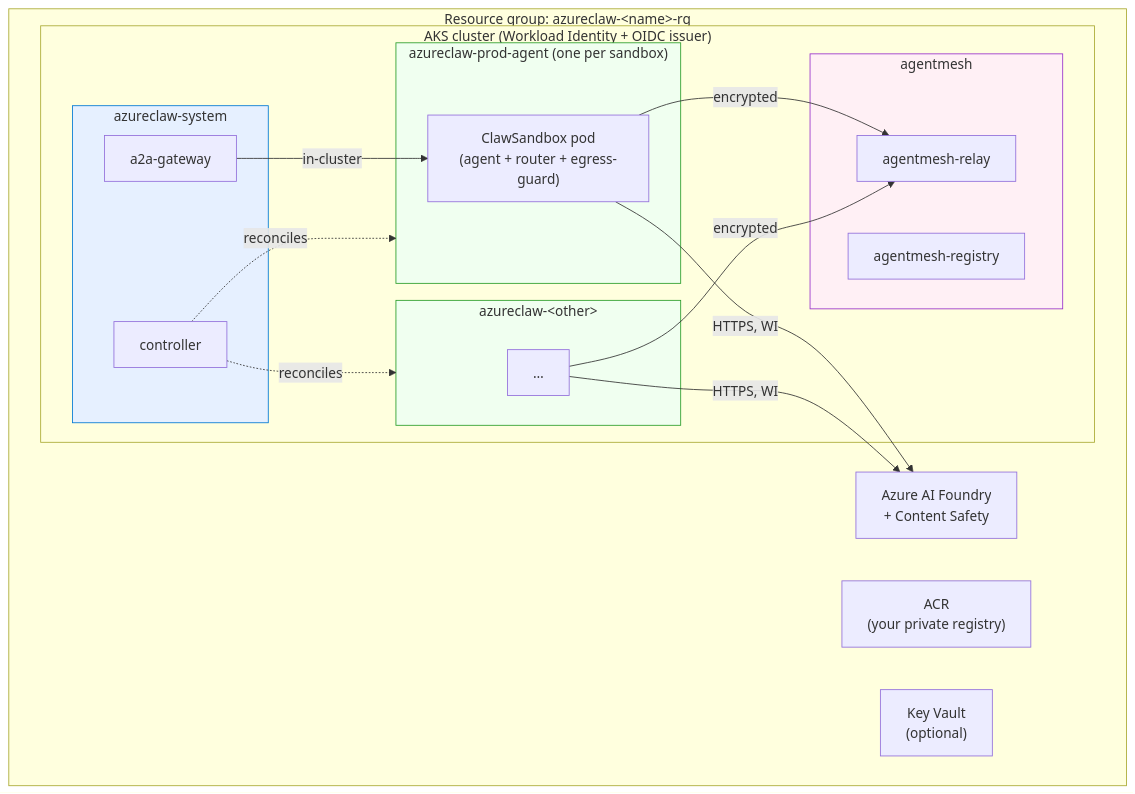
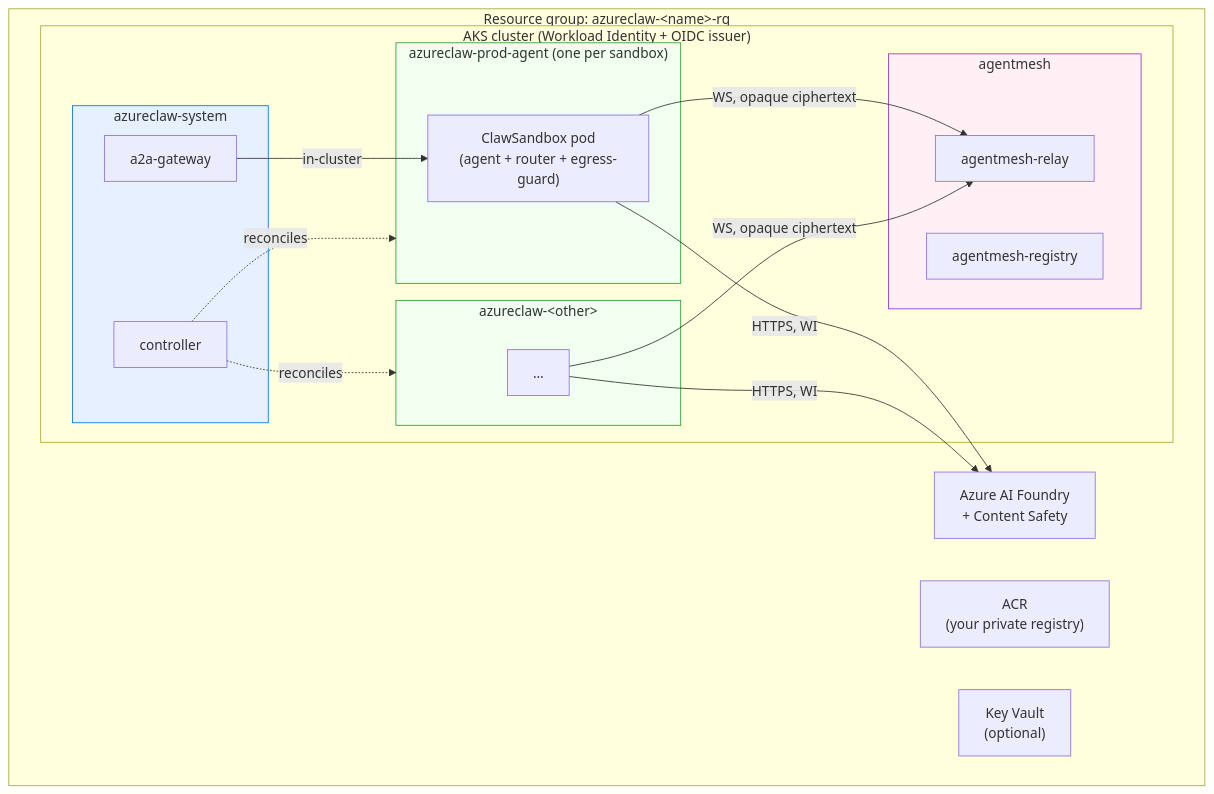
One commit to lachie83/kars changed the eighth of 9 diagrams in docs/architecture-diagrams.md. Above: the diagram before and after it, drawn with Mermaid. The commit also changed other lines of this file and 26 other files, not shown here.

````diff
--- a/docs/architecture-diagrams.md
+++ b/docs/architecture-diagrams.md
@@ -249,40 +256,40 @@
 ```mermaid
 flowchart TB
   subgraph RG["Resource group: azureclaw-&lt;name&gt;-rg"]
     ACR["ACR<br/>(your private registry)"]
     Foundry["Azure AI Foundry<br/>+ Content Safety"]
     KV["Key Vault<br/>(optional)"]
     subgraph AKS["AKS cluster (Workload Identity + OIDC issuer)"]
       subgraph Sys["azureclaw-system"]
         CtrlPod["controller"]
         GwPod["a2a-gateway"]
       end
       subgraph Mesh["agentmesh"]
         Relay["agentmesh-relay"]
         Reg["agentmesh-registry"]
       end
       subgraph Tenant1["azureclaw-prod-agent (one per sandbox)"]
         Pod1["ClawSandbox pod<br/>(agent + router + egress-guard)"]
       end
       subgraph TenantN["azureclaw-&lt;other&gt;"]
         PodN["…"]
       end
     end
   end
 
   CtrlPod -.->|reconciles| Tenant1
   CtrlPod -.->|reconciles| TenantN
-  Pod1 -->|encrypted| Relay
-  PodN -->|encrypted| Relay
+  Pod1 -->|WS, opaque ciphertext| Relay
+  PodN -->|WS, opaque ciphertext| Relay
   Pod1 -->|HTTPS, WI| Foundry
   PodN -->|HTTPS, WI| Foundry
   GwPod -->|in-cluster| Pod1
 
   classDef sys fill:#e6f0ff,stroke:#0078d4
   classDef tenant fill:#f0fff0,stroke:#2a9d2a
   classDef mesh fill:#fff0f5,stroke:#9933cc
   class Sys sys
   class Tenant1 tenant
   class TenantN tenant
   class Mesh mesh
 ```
````
